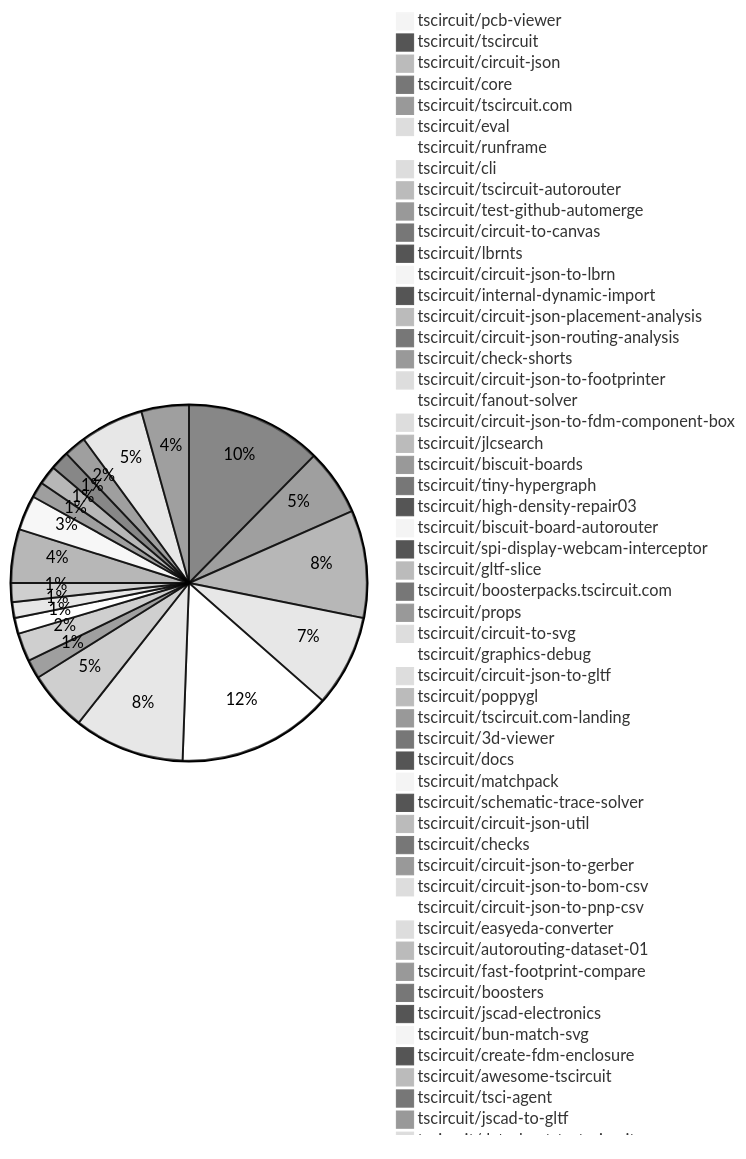
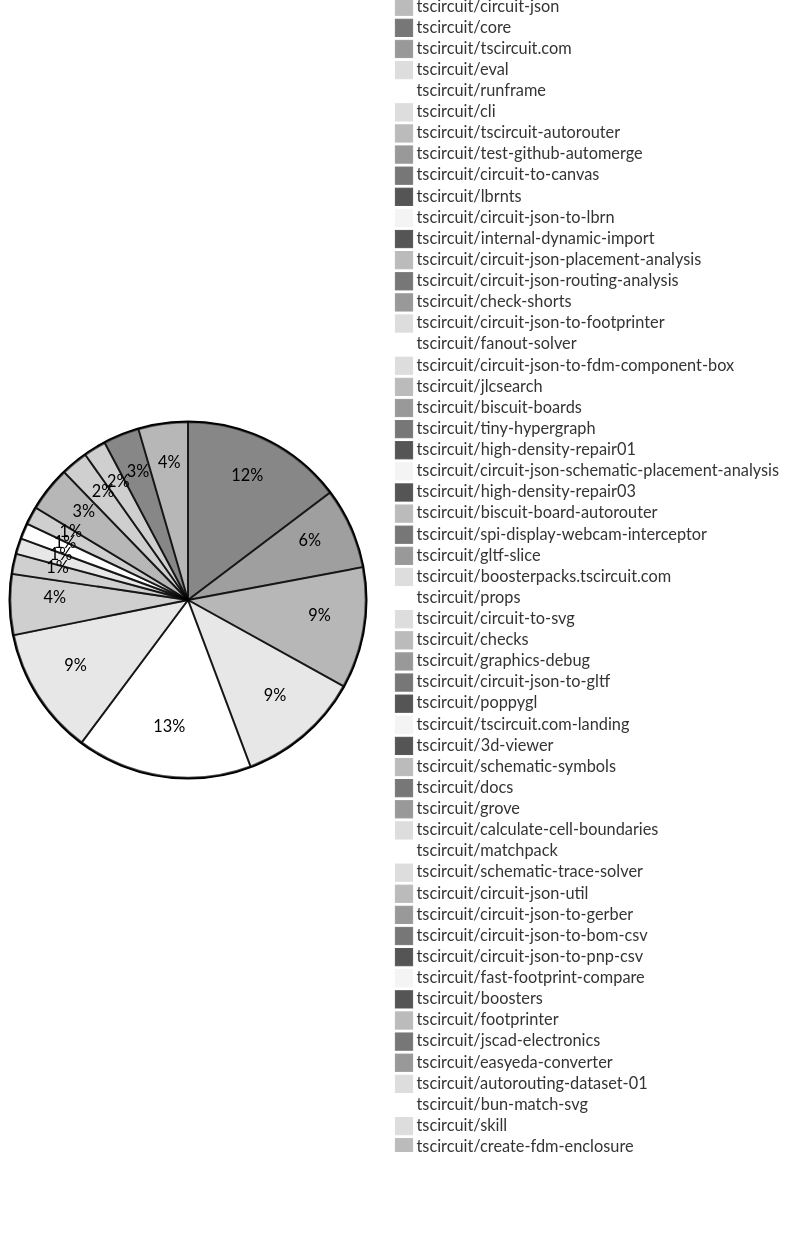
The diagram in README.md (tscircuit/contribution-tracker), drawn with Mermaid (neutral theme) before and after one commit. The commit also changed other lines of this file and 3 other files, not shown here.

````diff
--- a/README.md
+++ b/README.md
@@ -30,57 +30,64 @@
 ```mermaid
 pie
     "tscircuit/pcb-viewer" : 4
-    "tscircuit/tscircuit" : 43
-    "tscircuit/circuit-json" : 2
-    "tscircuit/core" : 21
-    "tscircuit/tscircuit.com" : 34
-    "tscircuit/eval" : 29
-    "tscircuit/runframe" : 49
-    "tscircuit/cli" : 35
-    "tscircuit/tscircuit-autorouter" : 19
+    "tscircuit/tscircuit" : 72
+    "tscircuit/circuit-json" : 6
+    "tscircuit/core" : 36
+    "tscircuit/tscircuit.com" : 54
+    "tscircuit/eval" : 55
+    "tscircuit/runframe" : 78
+    "tscircuit/cli" : 57
+    "tscircuit/tscircuit-autorouter" : 27
     "tscircuit/test-github-automerge" : 1
     "tscircuit/circuit-to-canvas" : 6
     "tscircuit/lbrnts" : 2
     "tscircuit/circuit-json-to-lbrn" : 3
     "tscircuit/internal-dynamic-import" : 4
     "tscircuit/circuit-json-placement-analysis" : 9
-    "tscircuit/circuit-json-routing-analysis" : 4
+    "tscircuit/circuit-json-routing-analysis" : 6
     "tscircuit/check-shorts" : 2
-    "tscircuit/circuit-json-to-footprinter" : 2
-    "tscircuit/fanout-solver" : 5
+    "tscircuit/circuit-json-to-footprinter" : 7
+    "tscircuit/fanout-solver" : 7
     "tscircuit/circuit-json-to-fdm-component-box" : 5
-    "tscircuit/jlcsearch" : 6
-    "tscircuit/biscuit-boards" : 17
+    "tscircuit/jlcsearch" : 8
+    "tscircuit/biscuit-boards" : 20
     "tscircuit/tiny-hypergraph" : 3
-    "tscircuit/high-density-repair03" : 3
-    "tscircuit/biscuit-board-autorouter" : 11
-    "tscircuit/spi-display-webcam-interceptor" : 1
+    "tscircuit/high-density-repair01" : 1
+    "tscircuit/circuit-json-schematic-placement-analysis" : 1
+    "tscircuit/high-density-repair03" : 4
+    "tscircuit/biscuit-board-autorouter" : 12
+    "tscircuit/spi-display-webcam-interceptor" : 3
     "tscircuit/gltf-slice" : 3
     "tscircuit/boosterpacks.tscircuit.com" : 5
-    "tscircuit/props" : 1
+    "tscircuit/props" : 2
     "tscircuit/circuit-to-svg" : 1
+    "tscircuit/checks" : 10
     "tscircuit/graphics-debug" : 2
-    "tscircuit/circuit-json-to-gltf" : 2
+    "tscircuit/circuit-json-to-gltf" : 3
     "tscircuit/poppygl" : 1
     "tscircuit/tscircuit.com-landing" : 6
-    "tscircuit/3d-viewer" : 4
+    "tscircuit/3d-viewer" : 5
+    "tscircuit/schematic-symbols" : 1
     "tscircuit/docs" : 2
-    "tscircuit/matchpack" : 2
+    "tscircuit/grove" : 2
+    "tscircuit/calculate-cell-boundaries" : 2
+    "tscircuit/matchpack" : 3
     "tscircuit/schematic-trace-solver" : 6
     "tscircuit/circuit-json-util" : 1
-    "tscircuit/checks" : 7
     "tscircuit/circuit-json-to-gerber" : 4
     "tscircuit/circuit-json-to-bom-csv" : 1
     "tscircuit/circuit-json-to-pnp-csv" : 1
-    "tscircuit/easyeda-converter" : 20
-    "tscircuit/autorouting-dataset-01" : 1
-    "tscircuit/fast-footprint-compare" : 1
-    "tscircuit/boosters" : 15
+    "tscircuit/fast-footprint-compare" : 4
+    "tscircuit/boosters" : 16
+    "tscircuit/footprinter" : 1
     "tscircuit/jscad-electronics" : 2
+    "tscircuit/easyeda-converter" : 22
+    "tscircuit/autorouting-dataset-01" : 2
     "tscircuit/bun-match-svg" : 1
+    "tscircuit/skill" : 1
     "tscircuit/create-fdm-enclosure" : 2
     "tscircuit/awesome-tscircuit" : 1
     "tscircuit/tsci-agent" : 2
     "tscircuit/jscad-to-gltf" : 1
     "tscircuit/datasheet-to-tscircuit" : 2
 ```
````
